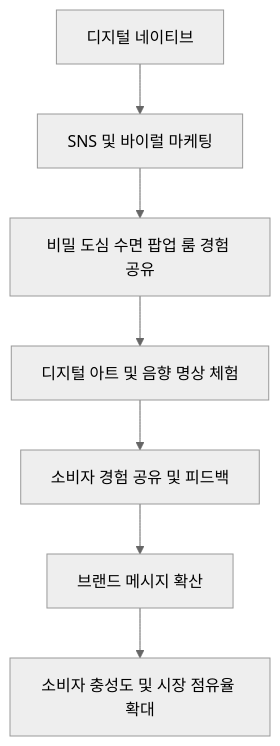
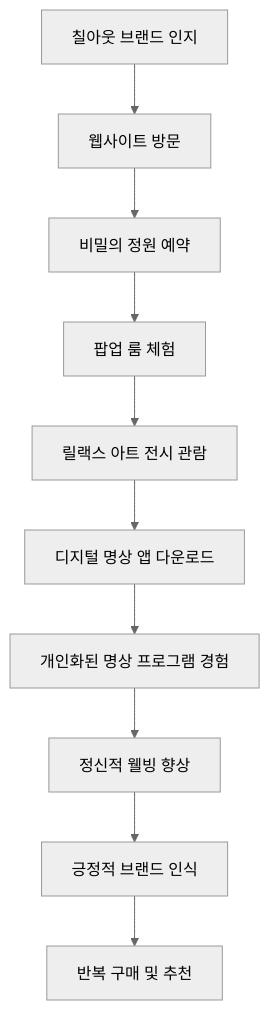
The second of 4 diagrams in reports/칠아웃_하이엔드_스파_메타포_시뮬레이션.md (meandfree23/cd_planner), drawn with Mermaid (neutral theme) before and after one commit. The commit also changed other lines of this file and 3 other files, not shown here.

````diff
--- a/reports/칠아웃_하이엔드_스파_메타포_시뮬레이션.md
+++ b/reports/칠아웃_하이엔드_스파_메타포_시뮬레이션.md
@@ -113,9 +165,12 @@
 ```mermaid
 graph TD;
-    A[디지털 네이티브] --> B[SNS 및 바이럴 마케팅]
-    B --> C[비밀 도심 수면 팝업 룸 경험 공유]
-    C --> D[디지털 아트 및 음향 명상 체험]
-    D --> E[소비자 경험 공유 및 피드백]
-    E --> F[브랜드 메시지 확산]
-    F --> G[소비자 충성도 및 시장 점유율 확대]
+    A[칠아웃 브랜드 인지] --> B[웹사이트 방문]
+    B --> C[비밀의 정원 예약]
+    C --> D[팝업 룸 체험]
+    D --> E[릴랙스 아트 전시 관람]
+    E --> F[디지털 명상 앱 다운로드]
+    F --> G[개인화된 명상 프로그램 경험]
+    G --> H[정신적 웰빙 향상]
+    H --> I[긍정적 브랜드 인식]
+    I --> J[반복 구매 및 추천]
 ```
````
